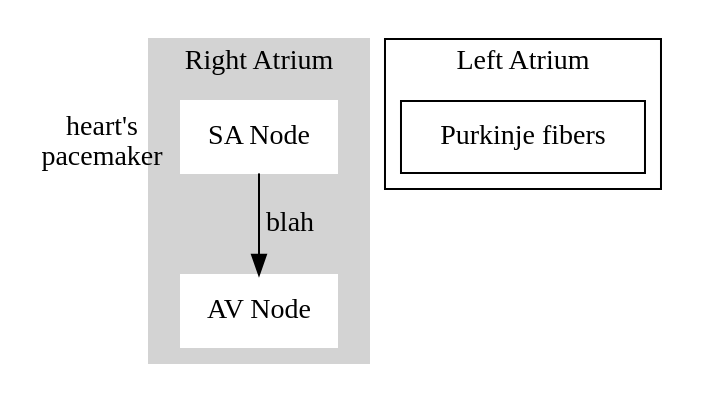
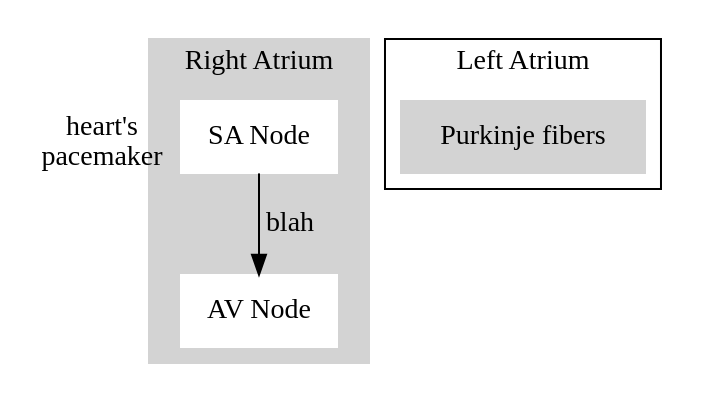
One commit to meirisoda/school_spring2024 changed the diagram in NURS380_Practicum/Topics/EKG/EKG and Rhythms.md. Above: the diagram before and after it, drawn with Graphviz.

Commit message:
vault backup: 2024-02-19 16:54:15

````diff
--- a/NURS380_Practicum/Topics/EKG/EKG and Rhythms.md
+++ b/NURS380_Practicum/Topics/EKG/EKG and Rhythms.md
@@ -175,20 +175,21 @@
 ```dot
 digraph G {
 	subgraph cluster_0{
 		label="Right Atrium";
 		style=filled;
 		color=lightgrey;
 		node [style=filled,color=white];
 		A [label="SA Node", xlabel="heart's\npacemaker", shape=box];
 		B [label="AV Node", shape=box];
 		
 		A -> B [label="blah"];
 	}
 
 	subgraph cluster_1 {
 		label="Left Atrium";
+		node [style=filled, color=lightgrey];
 		C [label="Purkinje fibers", shape=box];
 	}
 	
 }
 ```
````
